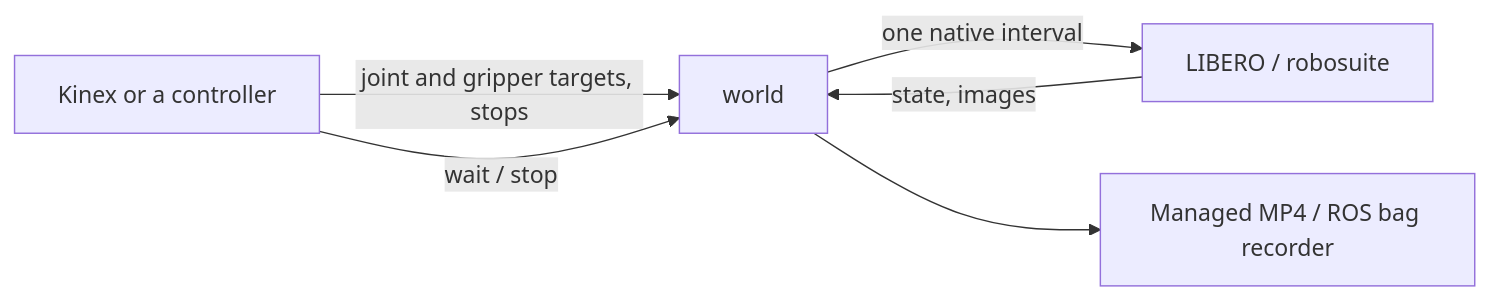
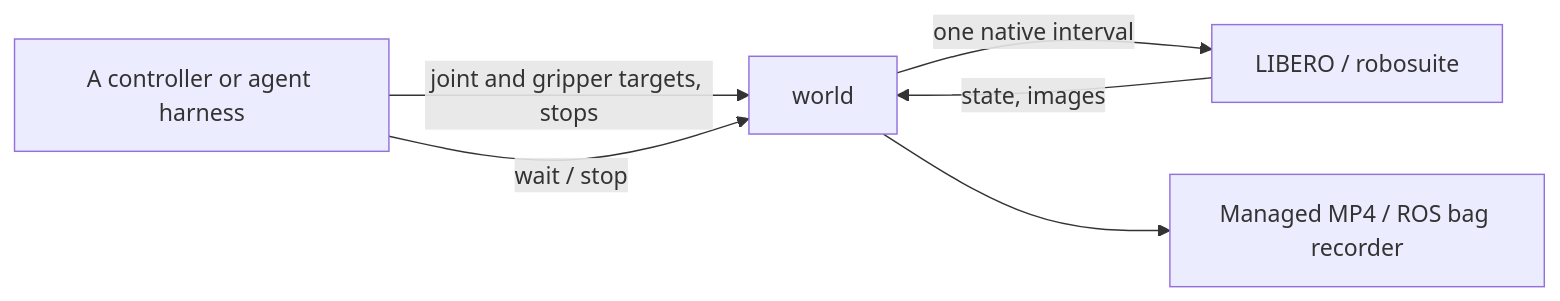
The diagram in docs/libero.md (stacx-lab/kinex-sim), drawn with Mermaid before and after one commit. The commit also changed other lines of this file and 7 other files, not shown here.

````diff
--- a/docs/libero.md
+++ b/docs/libero.md
@@ -37,8 +37,8 @@
 ```mermaid
 flowchart LR
-  client[Kinex or a controller] -->|joint and gripper targets, stops| world
+  client[A controller or agent harness] -->|joint and gripper targets, stops| world
   client -->|wait / stop| world
   world -->|one native interval| native[LIBERO / robosuite]
   native -->|state, images| world
   world --> recorder[Managed MP4 / ROS bag recorder]
 ```
````
